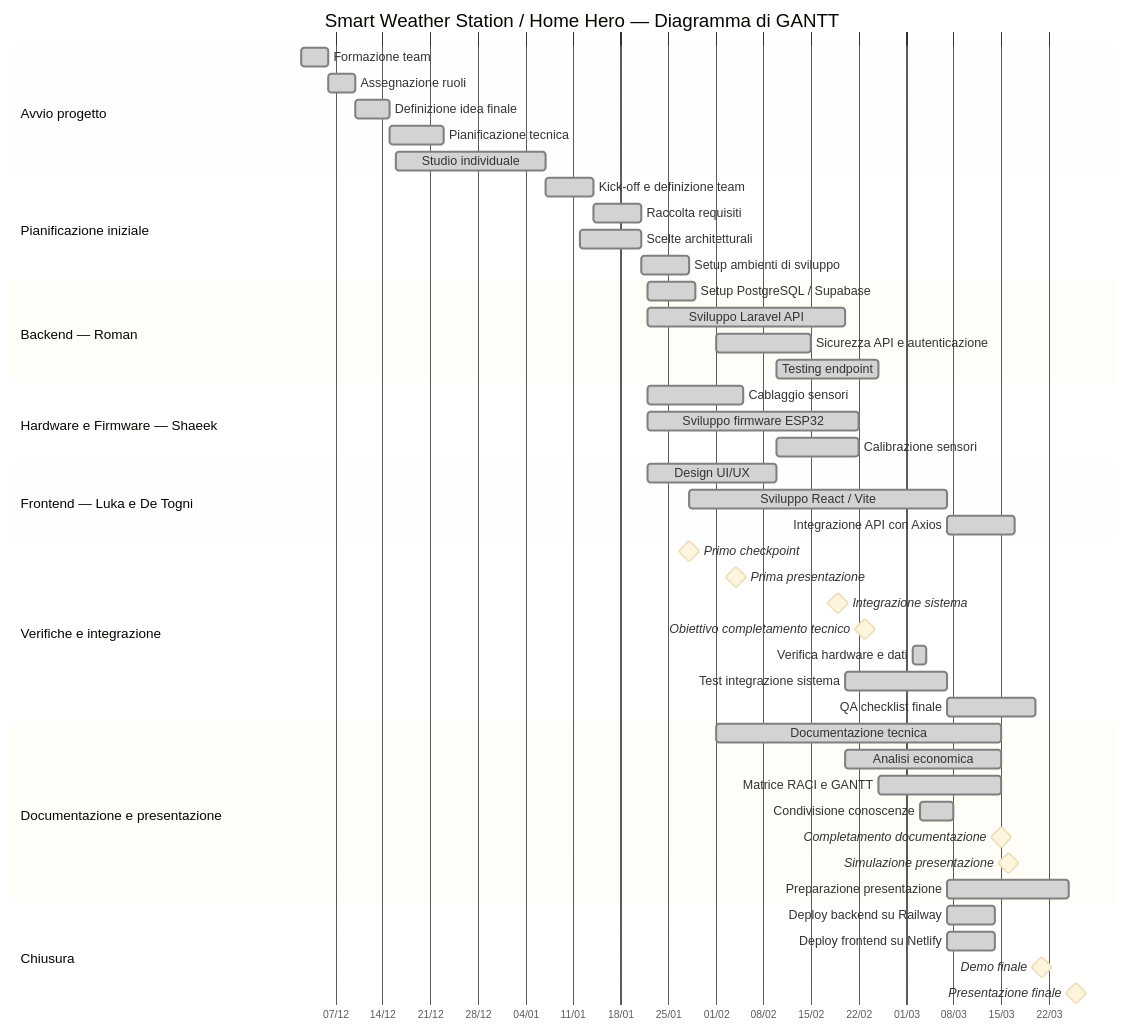
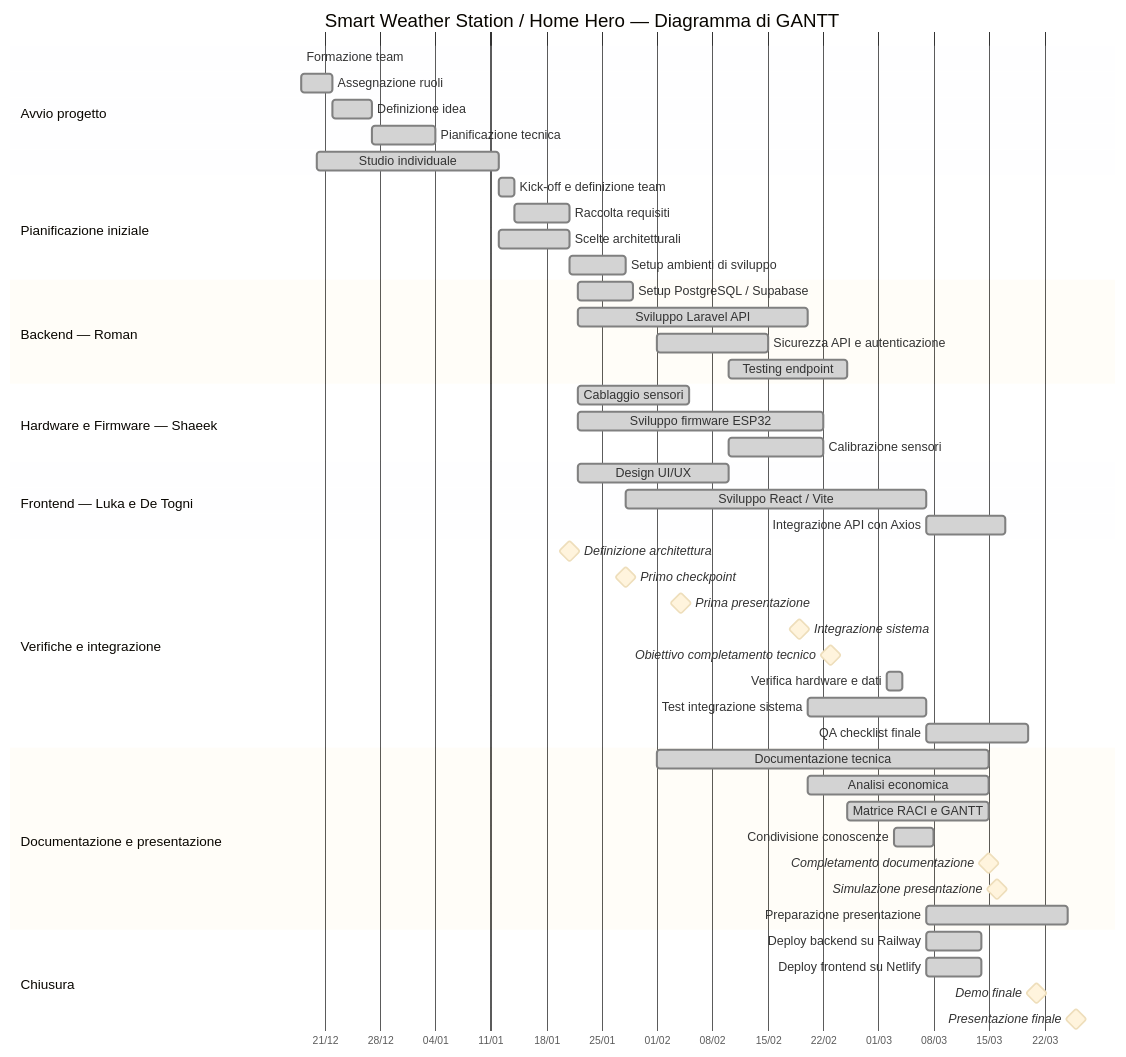
Before and after one commit to xxRelaXxx/HomeHero: the diagram in docs/ita/GANTT.md, drawn with Mermaid. The commit also changed 5 other files, not shown here.

Commit message:
prep for presentation + GANTT modification

````diff
--- a/docs/ita/GANTT.md
+++ b/docs/ita/GANTT.md
@@ -32,71 +32,72 @@
 ```mermaid
 %%{init: {
   "theme": "base",
   "gantt": {
     "leftPadding": 280,
     "barHeight": 18,
     "barGap": 7,
     "topPadding": 45,
     "fontSize": 12,
     "sectionFontSize": 13
   }
 }}%%
 
 gantt
     title Smart Weather Station / Home Hero — Diagramma di GANTT
     dateFormat  YYYY-MM-DD
     axisFormat  %d/%m
 
     section Avvio progetto
-    Formazione team                   :done,    s1, 2025-12-02, 2025-12-06
+    Formazione team                   :done,    s1, 2025-12-18, 2025-12-18
     Assegnazione ruoli                :done,    s2, after s1, 4d
-    Definizione idea finale           :done,    s3, after s2, 5d
+    Definizione idea                  :done,    s3, after s2, 5d
     Pianificazione tecnica            :done,    s4, after s3, 8d
-    Studio individuale                :done,    s5, 2025-12-16, 2026-01-07
+    Studio individuale                :done,    s5, 2025-12-20, 2026-01-12
 
     section Pianificazione iniziale
     Kick-off e definizione team       :done,    p1, after s5, 2026-01-14
     Raccolta requisiti                :done,    p2, after p1, 7d
     Scelte architetturali             :done,    p3, 2026-01-12, 2026-01-21
     Setup ambienti di sviluppo        :done,    p4, after p3, 7d
 
     section Backend — Roman
     Setup PostgreSQL / Supabase       :done,    b2, 2026-01-22, 2026-01-29
     Sviluppo Laravel API              :done,    b1, 2026-01-22, 2026-02-20
     Sicurezza API e autenticazione    :done,    b3, 2026-02-01, 2026-02-15
     Testing endpoint                  :done,    b4, 2026-02-10, 2026-02-25
 
     section Hardware e Firmware — Shaeek
     Cablaggio sensori                 :done,    h1, 2026-01-22, 2026-02-05
     Sviluppo firmware ESP32           :done,    h2, 2026-01-22, 2026-02-22
     Calibrazione sensori              :done,    h3, 2026-02-10, 2026-02-22
 
     section Frontend — Luka e De Togni
     Design UI/UX                      :done,    f1, 2026-01-22, 2026-02-10
     Sviluppo React / Vite             :done,    f2, 2026-01-28, 2026-03-07
     Integrazione API con Axios        :done,    f3, after f2, 10d
 
     section Verifiche e integrazione
+    Definizione architettura          :milestone, c1, after p3, 0d
     Primo checkpoint                  :milestone, c1, 2026-01-28, 0d
     Prima presentazione               :milestone, c2, 2026-02-04, 0d
     Integrazione sistema              :milestone, c3, 2026-02-19, 0d
     Obiettivo completamento tecnico   :milestone, c4, 2026-02-23, 0d
     Verifica hardware e dati         :done,      c5, 2026-03-02, 2d
     Test integrazione sistema        :done,      t1, 2026-02-20, 2026-03-07
     QA checklist finale              :done,    t2, 2026-03-07, 2026-03-20
 
     section Documentazione e presentazione
     Documentazione tecnica           :done,    d1, 2026-02-01, 2026-03-15
     Analisi economica                :done,    d2, 2026-02-20, 2026-03-15
     Matrice RACI e GANTT             :done,    d3, 2026-02-25, 2026-03-15
     Condivisione conoscenze          :done,      d4, 2026-03-03, 2026-03-08
     Completamento documentazione     :milestone, d5, 2026-03-15, 0d
     Simulazione presentazione        :milestone, d6, 2026-03-16, 0d
     Preparazione presentazione       :done,    d7, 2026-03-07, 2026-03-25
 
     section Chiusura
     Deploy backend su Railway        :done,      dp1, 2026-03-07, 2026-03-14
     Deploy frontend su Netlify       :done,      dp2, 2026-03-07, 2026-03-14
     Demo finale                      :milestone, m3, 2026-03-21, 0d
     Presentazione finale             :milestone, m4, 2026-03-26, 0d
 ```
````
